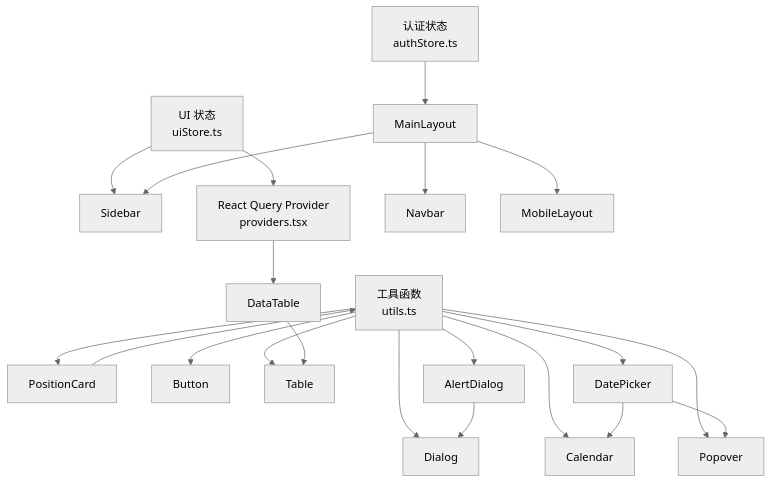
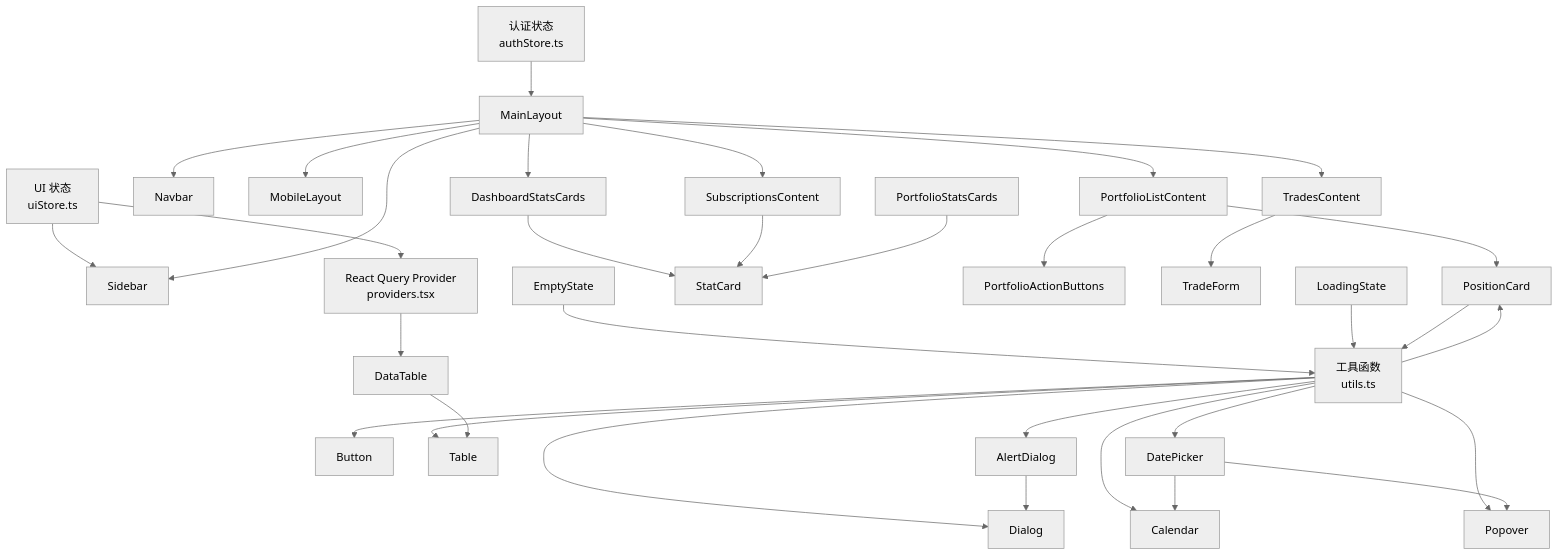
Before and after one commit to gujialind/InvestRing: the second of 8 diagrams in .qoder/repowiki/zh/content/前端应用架构/组件系统架构/组件系统架构.md, drawn with Mermaid (neutral theme). The commit also changed other lines of this file and 39 other files, not shown here.

````diff
--- a/.qoder/repowiki/zh/content/前端应用架构/组件系统架构/组件系统架构.md
+++ b/.qoder/repowiki/zh/content/前端应用架构/组件系统架构/组件系统架构.md
@@ -191,23 +250,35 @@
 ```mermaid
 graph TB
 AuthStore["认证状态<br/>authStore.ts"] --> MainLayout
 UIStore["UI 状态<br/>uiStore.ts"] --> Sidebar
 UIStore --> Providers
 Providers["React Query Provider<br/>providers.tsx"] --> DataTable
 Utils["工具函数<br/>utils.ts"] --> PositionCard
 Utils --> Button
 Utils --> Table
 Utils --> Dialog
 Utils --> AlertDialog
 Utils --> DatePicker
 Utils --> Calendar
 Utils --> Popover
 MainLayout --> Navbar
 MainLayout --> Sidebar
 MainLayout --> MobileLayout
+MainLayout --> DashboardStatsCards
+MainLayout --> PortfolioListContent
+MainLayout --> TradesContent
+MainLayout --> SubscriptionsContent
+DashboardStatsCards --> StatCard
+PortfolioListContent --> PositionCard
+PortfolioListContent --> PortfolioActionButtons
+TradesContent --> TradeForm
+SubscriptionsContent --> StatCard
+PortfolioStatsCards --> StatCard
+EmptyState --> Utils
+LoadingState --> Utils
+PositionCard --> Utils
 DataTable --> Table
-PositionCard --> Utils
 AlertDialog --> Dialog
 DatePicker --> Calendar
 DatePicker --> Popover
 ```
````
